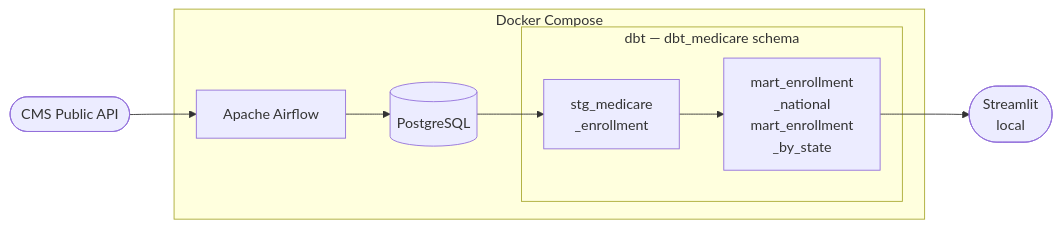
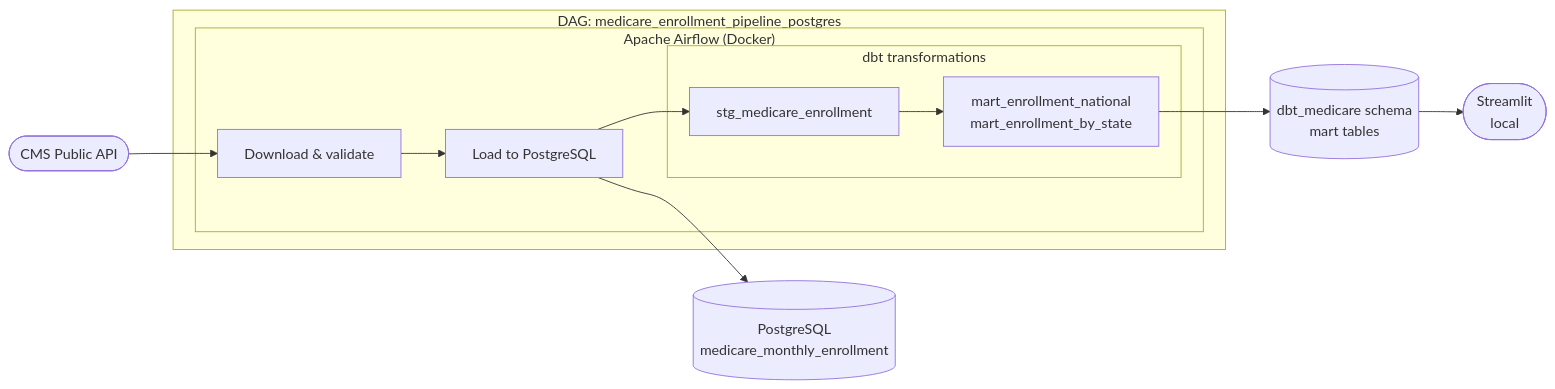
One commit to rdanielsstat/medicare-analytics changed the second of 2 diagrams in README.md. Above: the diagram before and after it, drawn with Mermaid. The commit also changed other lines of this file, not shown here.

Commit message:
docs: update data diagram

````diff
--- a/README.md
+++ b/README.md
@@ -56,18 +63,24 @@
 ```mermaid
 flowchart LR
     A([CMS Public API]) --> B
 
-    subgraph Docker ["Docker Compose"]
-        B[Apache Airflow]
-        C[(PostgreSQL)]
-        subgraph dbt ["dbt — dbt_medicare schema"]
-            D[stg_medicare\n_enrollment]
-            E[mart_enrollment\n_national\nmart_enrollment\n_by_state]
+    subgraph DAG1 ["DAG: medicare_enrollment_pipeline_postgres"]
+        subgraph Docker ["Apache Airflow (Docker)"]
+            B[Download & validate]
+            B --> C[Load to PostgreSQL]
+            C --> D
+
+            subgraph dbt ["dbt transformations"]
+                D[stg_medicare_enrollment]
+                D --> E[mart_enrollment_national\nmart_enrollment_by_state]
+            end
         end
     end
 
-    B --> C
-    C --> D
-    D --> E
-    E --> F([Streamlit\nlocal])
+    F[(PostgreSQL\nmedicare_monthly_enrollment)]
+    G[(dbt_medicare schema\nmart tables)]
+
+    C --> F
+    E --> G
+    G --> H([Streamlit\nlocal])
 ```
````
